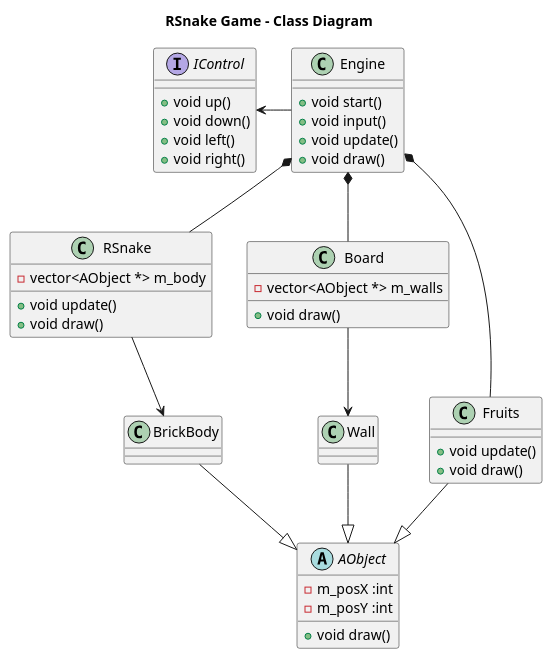
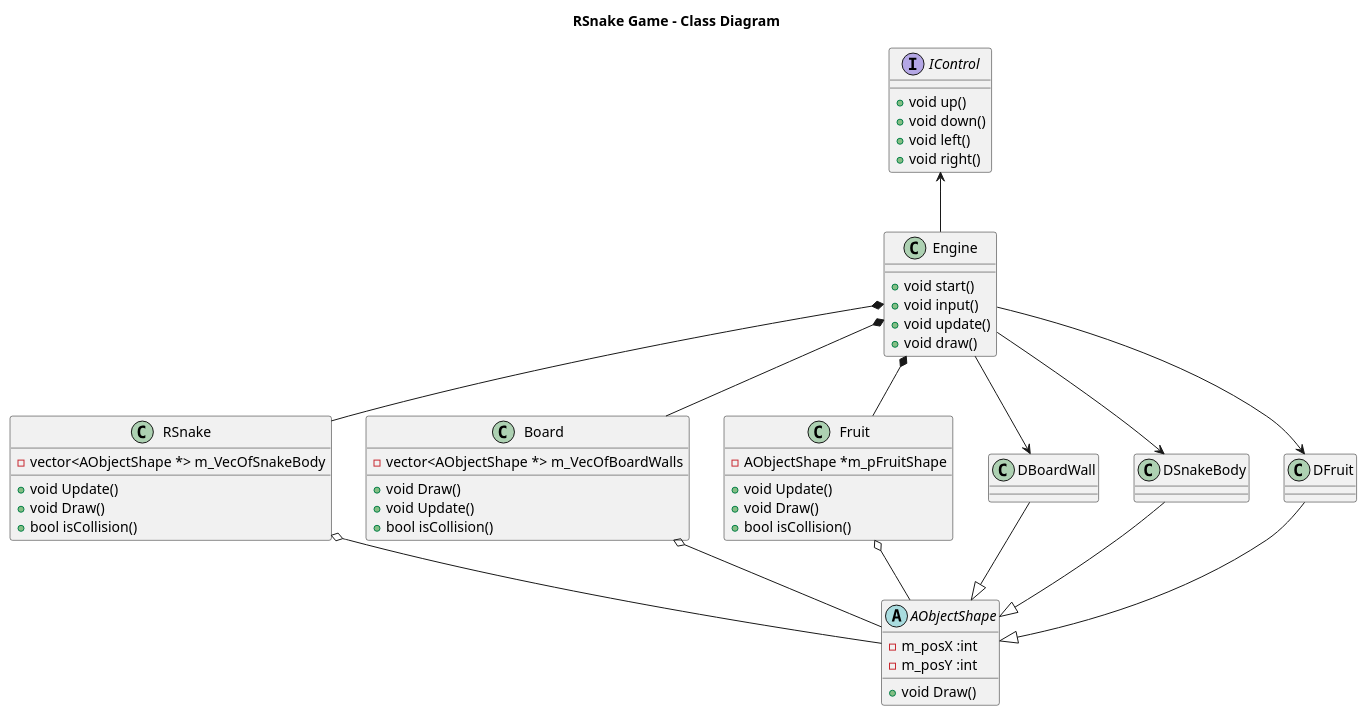
One commit to calkas/RSnake changed the diagram in README.md. Above: the diagram before and after it, drawn with PlantUML. The commit also changed other lines of this file and 1 other file, not shown here.

Commit message:
Updated class diagram

````diff
--- a/README.md
+++ b/README.md
@@ -6,65 +6,76 @@
 ```plantuml
 @startuml
 
 title RSnake Game - Class Diagram
 
 class Engine {
   +void start()
   +void input()
   +void update()
   +void draw()
 }
 
 class RSnake {
-  +void update()
-  +void draw()
-  -vector<AObject *> m_body
+  +void Update()
+  +void Draw()
+  +bool isCollision()
+  -vector<AObjectShape *> m_VecOfSnakeBody
 }
 
-abstract AObject {
-  + void draw()
+abstract AObjectShape {
+  + void Draw()
   - m_posX :int
   - m_posY :int
 
 }
 
 interface IControl{
   +void up()
   +void down()
   +void left()
   +void right()
 }
 
 
 class Board {
- + void draw()
- -vector<AObject *> m_walls
+ +void Draw()
+ +void Update()
+ +bool isCollision()
+ -vector<AObjectShape *> m_VecOfBoardWalls
 }
 
-class Fruits {
- + void update()
- + void draw()
+class Fruit {
+ + void Update()
+ + void Draw()
+ +bool isCollision()
+ -AObjectShape *m_pFruitShape
 }
 
 
-class Wall
-class BrickBody
+class DBoardWall
+class DSnakeBody
+class DFruit
 
-Fruits --|> AObject
-Wall --|> AObject
-BrickBody --|> AObject
+DFruit --|> AObjectShape
+DBoardWall --|> AObjectShape
+DSnakeBody --|> AObjectShape
 
 
 
 Engine *-- RSnake
 Engine *-- Board
-Engine *-- Fruits
-Engine -left-> IControl
+Engine *-- Fruit
+Engine -up-> IControl
 
-RSnake --> BrickBody
-Board --> Wall
+Engine --> DFruit
+Engine --> DBoardWall
+Engine --> DSnakeBody
+
+RSnake o-- AObjectShape
+Board o-- AObjectShape
+Fruit o-- AObjectShape
 
 
 
 @enduml
 ```
````
